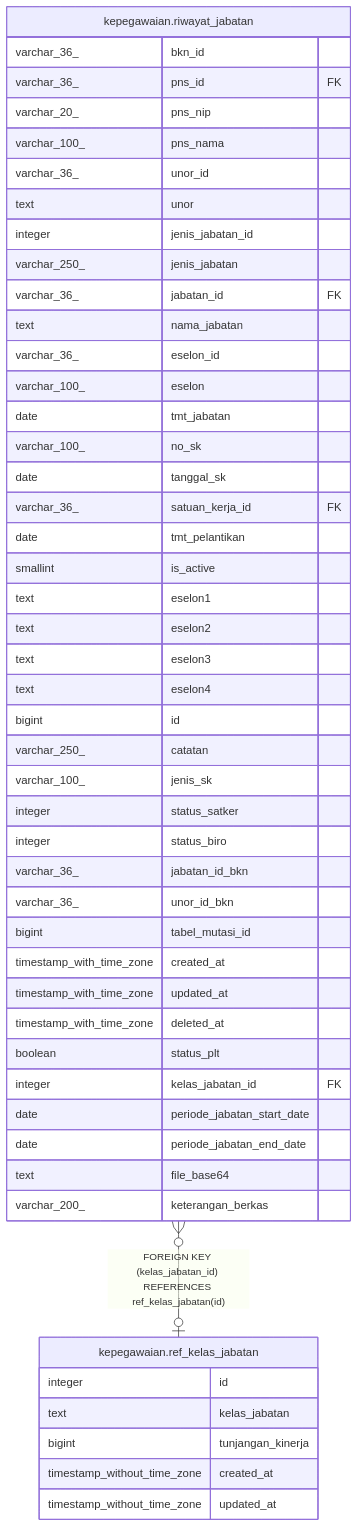
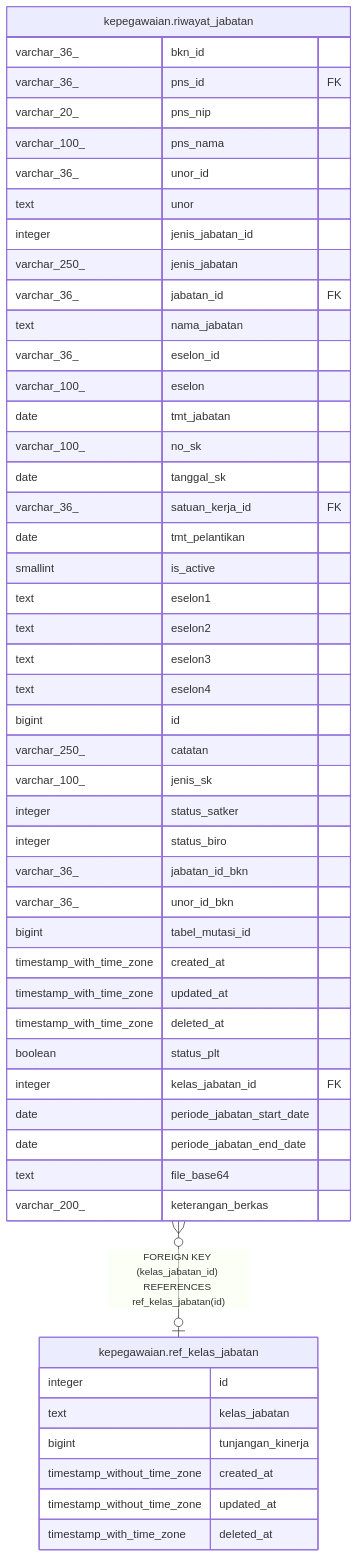
One commit to nandanugg/triforce.nvim changed the diagram in services/kepegawaian/docs/db/kepegawaian.ref_kelas_jabatan.md. Above: the diagram before and after it, drawn with Mermaid. The commit also changed other lines of this file and 54 other files, not shown here.

````diff
--- a/services/kepegawaian/docs/db/kepegawaian.ref_kelas_jabatan.md
+++ b/services/kepegawaian/docs/db/kepegawaian.ref_kelas_jabatan.md
@@ -31,54 +32,55 @@
 ```mermaid
 erDiagram
 
 "kepegawaian.riwayat_jabatan" }o--o| "kepegawaian.ref_kelas_jabatan" : "FOREIGN KEY (kelas_jabatan_id) REFERENCES ref_kelas_jabatan(id)"
 
 "kepegawaian.ref_kelas_jabatan" {
   integer id
   text kelas_jabatan
   bigint tunjangan_kinerja
   timestamp_without_time_zone created_at
   timestamp_without_time_zone updated_at
+  timestamp_with_time_zone deleted_at
 }
 "kepegawaian.riwayat_jabatan" {
   varchar_36_ bkn_id
   varchar_36_ pns_id FK
   varchar_20_ pns_nip
   varchar_100_ pns_nama
   varchar_36_ unor_id
   text unor
   integer jenis_jabatan_id
   varchar_250_ jenis_jabatan
   varchar_36_ jabatan_id FK
   text nama_jabatan
   varchar_36_ eselon_id
   varchar_100_ eselon
   date tmt_jabatan
   varchar_100_ no_sk
   date tanggal_sk
   varchar_36_ satuan_kerja_id FK
   date tmt_pelantikan
   smallint is_active
   text eselon1
   text eselon2
   text eselon3
   text eselon4
   bigint id
   varchar_250_ catatan
   varchar_100_ jenis_sk
   integer status_satker
   integer status_biro
   varchar_36_ jabatan_id_bkn
   varchar_36_ unor_id_bkn
   bigint tabel_mutasi_id
   timestamp_with_time_zone created_at
   timestamp_with_time_zone updated_at
   timestamp_with_time_zone deleted_at
   boolean status_plt
   integer kelas_jabatan_id FK
   date periode_jabatan_start_date
   date periode_jabatan_end_date
   text file_base64
   varchar_200_ keterangan_berkas
 }
 ```
````
